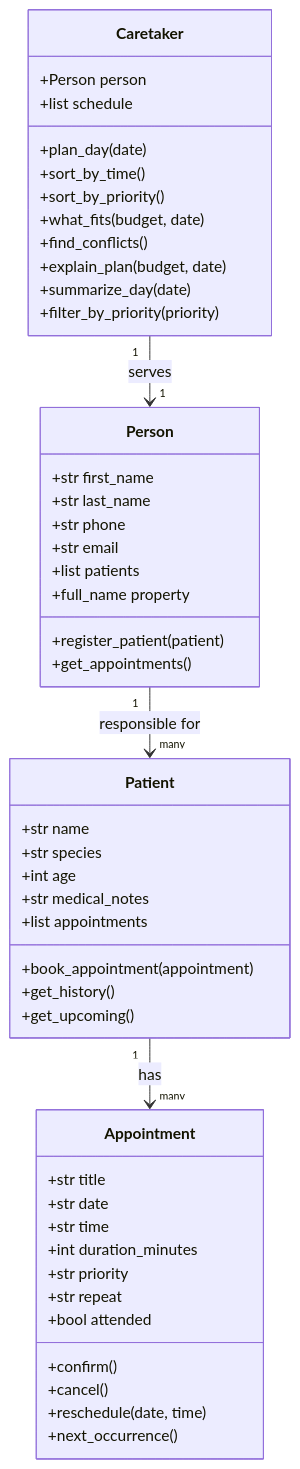
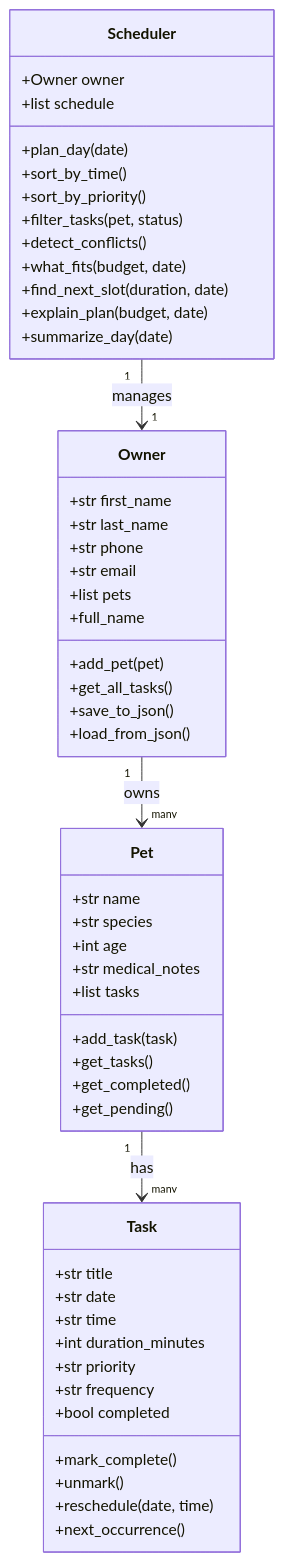
Before and after one commit to ataizh/ai110-module2show-pawpal-starter: the diagram in README.md, drawn with Mermaid. The commit also changed other lines of this file and 1 other file, not shown here.

Commit message:
fix: update reflection and README to use correct class names

````diff
--- a/README.md
+++ b/README.md
@@ -110,55 +110,59 @@
 ```mermaid
 classDiagram
-    class Person {
+    class Owner {
         +str first_name
         +str last_name
         +str phone
         +str email
-        +list patients
-        +register_patient(patient)
-        +get_appointments()
-        +full_name property
+        +list pets
+        +add_pet(pet)
+        +get_all_tasks()
+        +full_name
+        +save_to_json()
+        +load_from_json()
     }
 
-    class Patient {
+    class Pet {
         +str name
         +str species
         +int age
         +str medical_notes
-        +list appointments
-        +book_appointment(appointment)
-        +get_history()
-        +get_upcoming()
+        +list tasks
+        +add_task(task)
+        +get_tasks()
+        +get_completed()
+        +get_pending()
     }
 
-    class Appointment {
+    class Task {
         +str title
         +str date
         +str time
         +int duration_minutes
         +str priority
-        +str repeat
-        +bool attended
-        +confirm()
-        +cancel()
+        +str frequency
+        +bool completed
+        +mark_complete()
+        +unmark()
         +reschedule(date, time)
         +next_occurrence()
     }
 
-    class Caretaker {
-        +Person person
+    class Scheduler {
+        +Owner owner
         +list schedule
         +plan_day(date)
         +sort_by_time()
         +sort_by_priority()
+        +filter_tasks(pet, status)
+        +detect_conflicts()
         +what_fits(budget, date)
-        +find_conflicts()
+        +find_next_slot(duration, date)
         +explain_plan(budget, date)
         +summarize_day(date)
-        +filter_by_priority(priority)
     }
 
-    Person "1" --> "many" Patient : responsible for
-    Patient "1" --> "many" Appointment : has
-    Caretaker "1" --> "1" Person : serves
+    Owner "1" --> "many" Pet : owns
+    Pet "1" --> "many" Task : has
+    Scheduler "1" --> "1" Owner : manages
 ```
````
